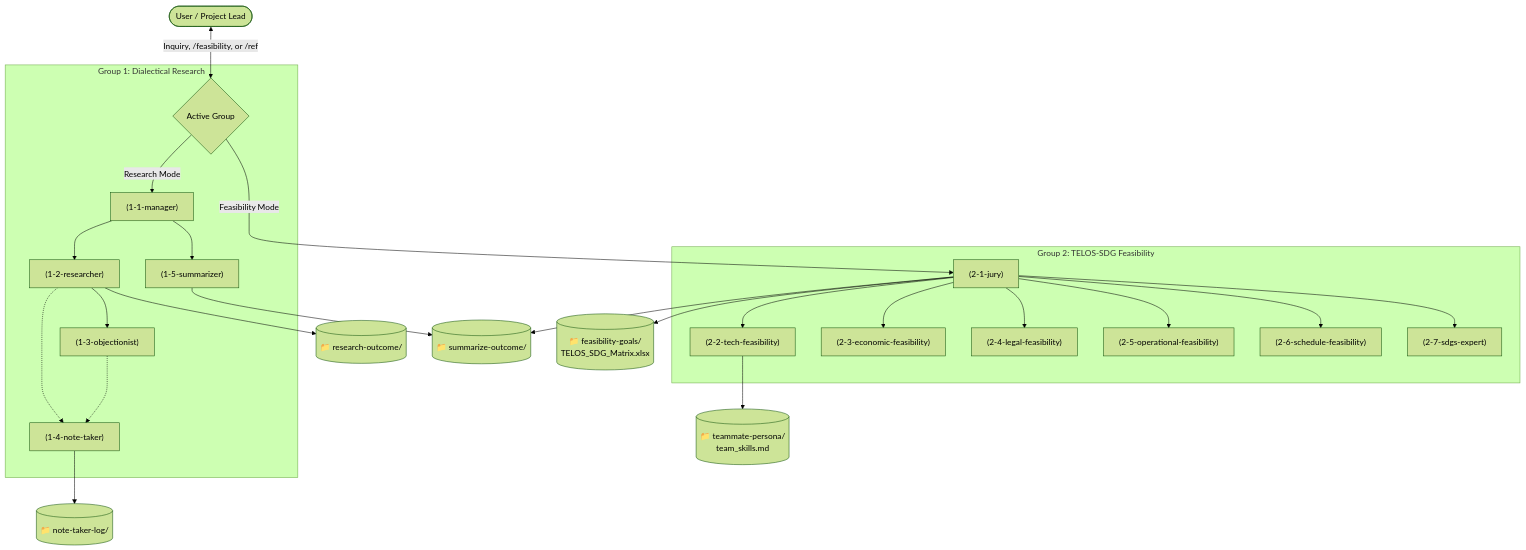
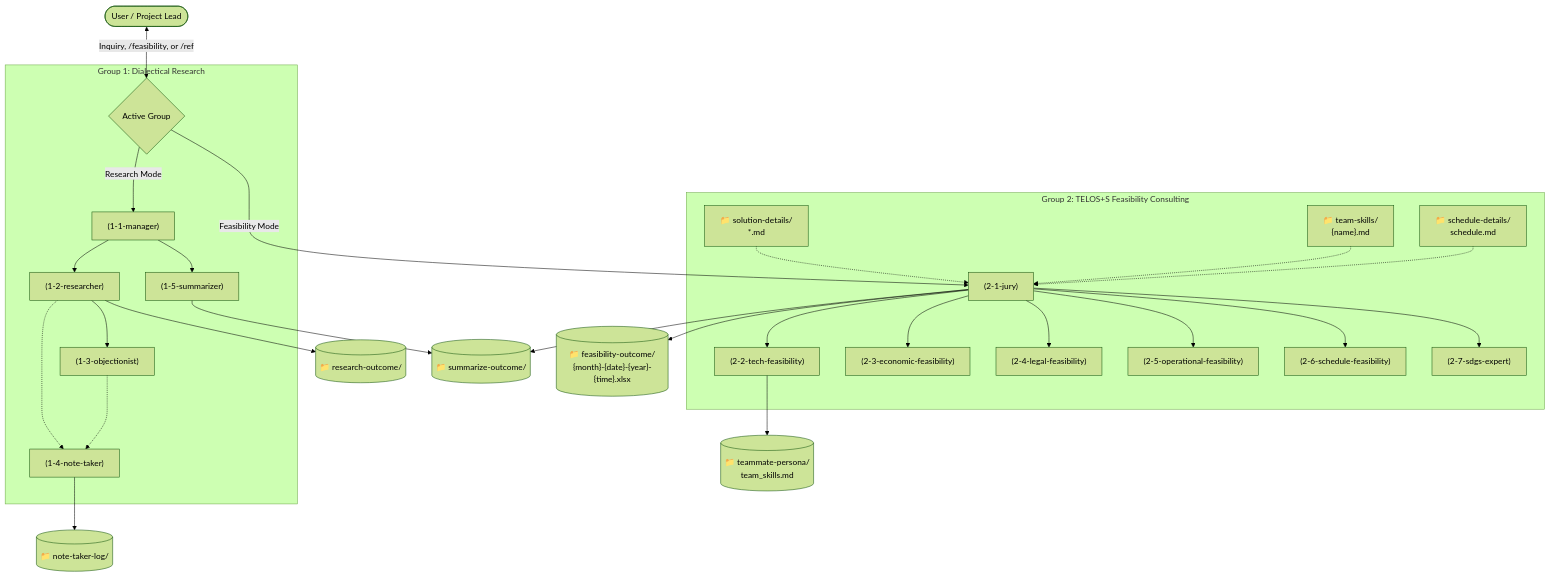
The diagram in README.md (thuxrife/FRA362-custom-research-ai-agent-cli), drawn with Mermaid (forest theme) before and after one commit. The commit also changed other lines of this file and 16 other files, not shown here.

````diff
--- a/README.md
+++ b/README.md
@@ -11,28 +11,31 @@
 ```mermaid
 flowchart TD
     User([User / Project Lead]) <-->|Inquiry, /feasibility, or /ref| Lead{Active Group}
     
     subgraph Group 1: Dialectical Research
         Lead -->|Research Mode| M["(1-1-manager)"]
         M --> R["(1-2-researcher)"]
         R --> O["(1-3-objectionist)"]
         R & O -.-> NT["(1-4-note-taker)"]
         M --> S["(1-5-summarizer)"]
     end
     
-    subgraph Group 2: TELOS-SDG Feasibility
-        Lead -->|Feasibility Mode| J["(2-1-jury)"]
+    subgraph Group 2: TELOS+S Feasibility Consulting
+        In1["📁 solution-details/<br>*.md"] -.-> J["(2-1-jury)"]
+        In2["📁 team-skills/<br>{name}.md"] -.-> J
+        In3["📁 schedule-details/<br>schedule.md"] -.-> J
+        Lead -->|Feasibility Mode| J
         J --> T["(2-2-tech-feasibility)"]
         J --> E["(2-3-economic-feasibility)"]
         J --> L["(2-4-legal-feasibility)"]
         J --> OP["(2-5-operational-feasibility)"]
         J --> SCH["(2-6-schedule-feasibility)"]
         J --> SDG["(2-7-sdgs-expert)"]
     end
 
     NT --> D1[("📁 note-taker-log/")]
     R --> D2[("📁 research-outcome/")]
     S & J --> D3[("📁 summarize-outcome/")]
-    J --> D4[("📁 feasibility-goals/<br>TELOS_SDG_Matrix.xlsx")]
+    J --> D4[("📁 feasibility-outcome/<br>{month}-{date}-{year}-{time}.xlsx")]
     T --> D5[("📁 teammate-persona/<br>team_skills.md")]
 ```
````
